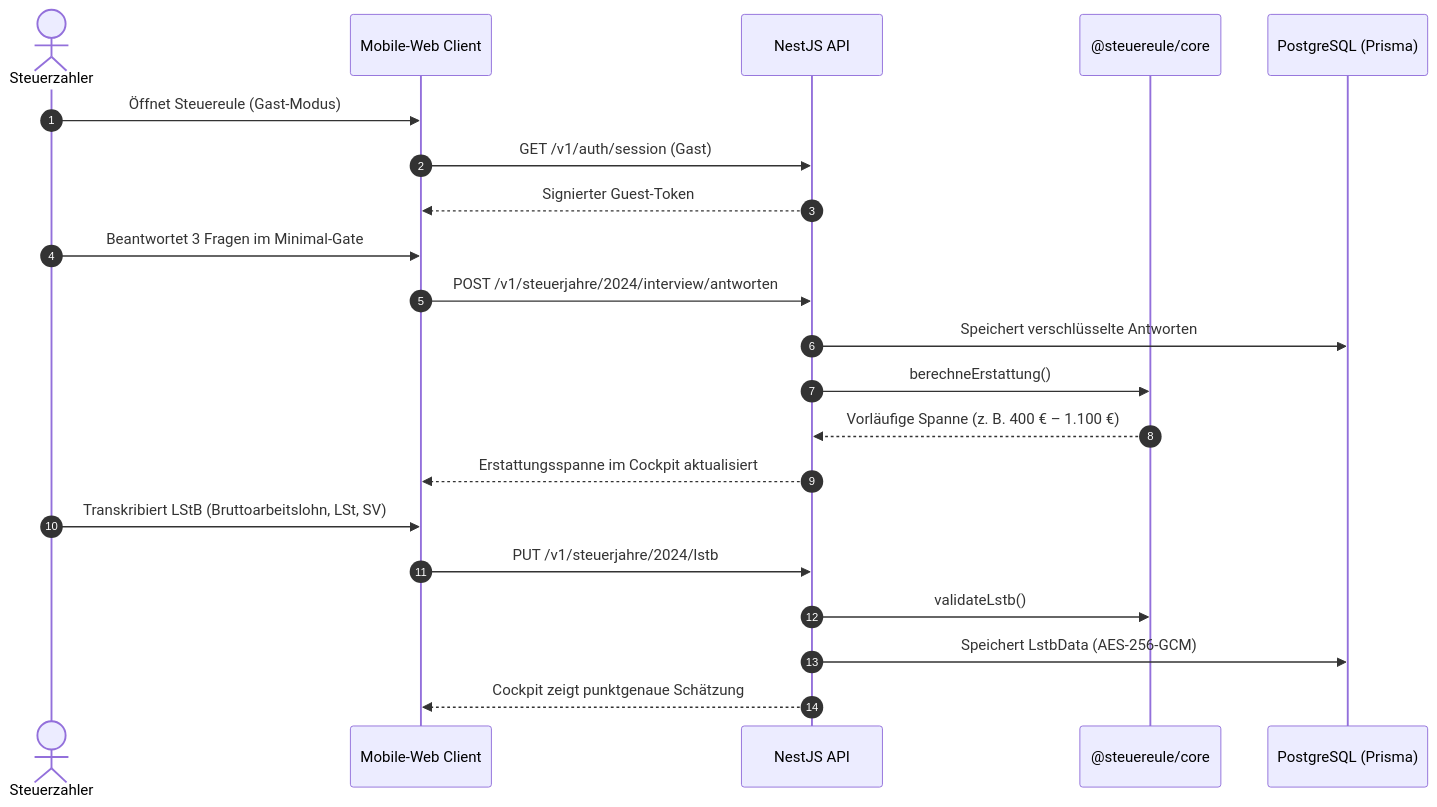
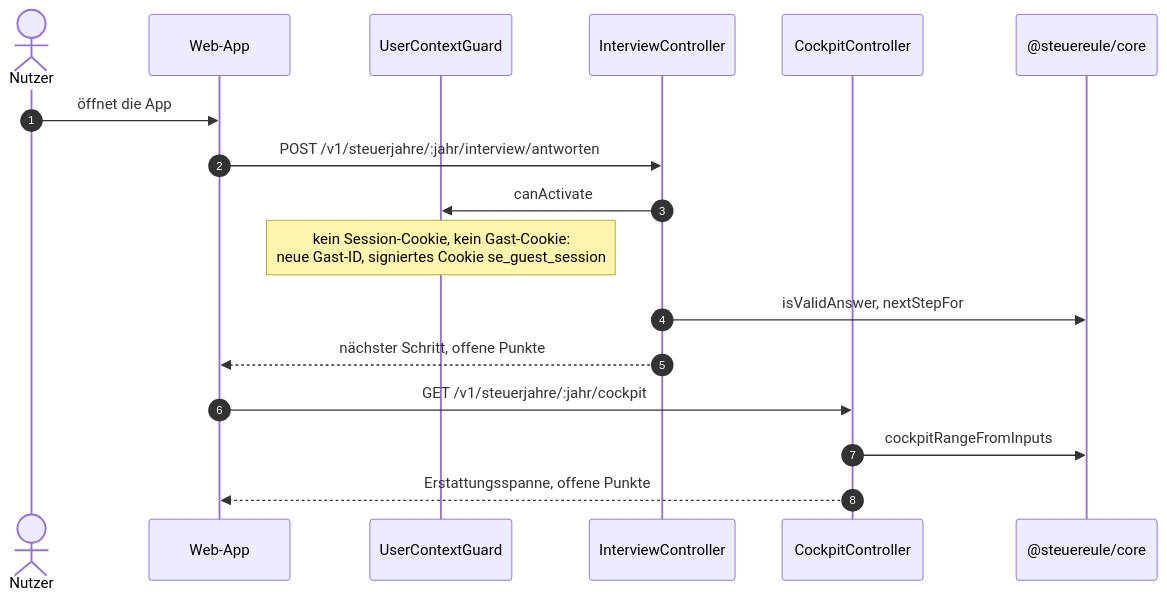
One commit to NexusHero/Steuereule changed the third of 6 diagrams in docs/architecture.md. Above: the diagram before and after it, drawn with Mermaid. The commit also changed other lines of this file and 7 other files, not shown here.

First line of the commit message:
docs: the architecture documentation says what the code does

````diff
--- a/docs/architecture.md
+++ b/docs/architecture.md
@@ -280,24 +295,20 @@
 ```mermaid
 sequenceDiagram
   autonumber
-  actor User as Steuerzahler
-  participant App as Mobile-Web Client
-  participant API as NestJS API
-  participant Core as @steuereule/core
-  participant DB as PostgreSQL (Prisma)
+  actor U as Nutzer
+  participant W as Web-App
+  participant G as UserContextGuard
+  participant I as InterviewController
+  participant C as CockpitController
+  participant K as @steuereule/core
 
-  User->>App: Öffnet Steuereule (Gast-Modus)
-  App->>API: GET /v1/auth/session (Gast)
-  API-->>App: Signierter Guest-Token
-  User->>App: Beantwortet 3 Fragen im Minimal-Gate
-  App->>API: POST /v1/steuerjahre/2024/interview/antworten
-  API->>DB: Speichert verschlüsselte Antworten
-  API->>Core: berechneErstattung()
-  Core-->>API: Vorläufige Spanne (z. B. 400 € – 1.100 €)
-  API-->>App: Erstattungsspanne im Cockpit aktualisiert
-  User->>App: Transkribiert LStB (Bruttoarbeitslohn, LSt, SV)
-  App->>API: PUT /v1/steuerjahre/2024/lstb
-  API->>Core: validateLstb()
-  API->>DB: Speichert LstbData (AES-256-GCM)
-  API-->>App: Cockpit zeigt punktgenaue Schätzung
+  U->>W: öffnet die App
+  W->>I: POST /v1/steuerjahre/:jahr/interview/antworten
+  I->>G: canActivate
+  Note over G: kein Session-Cookie, kein Gast-Cookie:<br/>neue Gast-ID, signiertes Cookie se_guest_session
+  I->>K: isValidAnswer, nextStepFor
+  I-->>W: nächster Schritt, offene Punkte
+  W->>C: GET /v1/steuerjahre/:jahr/cockpit
+  C->>K: cockpitRangeFromInputs
+  C-->>W: Erstattungsspanne, offene Punkte
 ```
````
